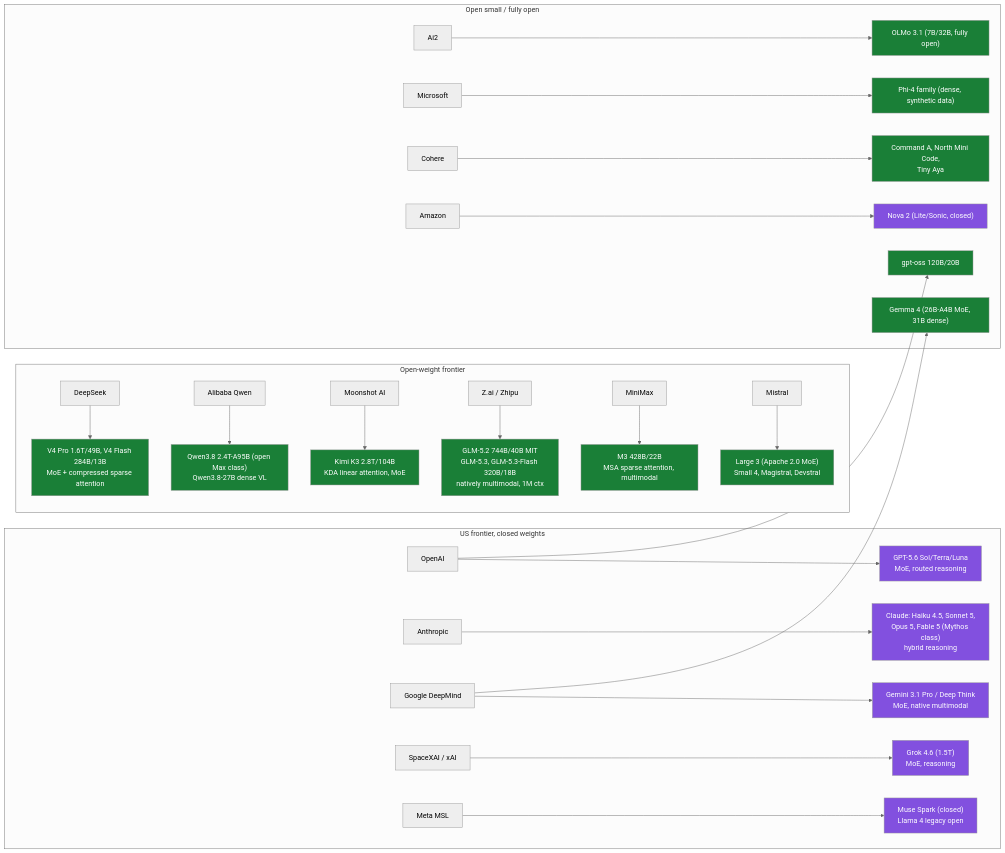
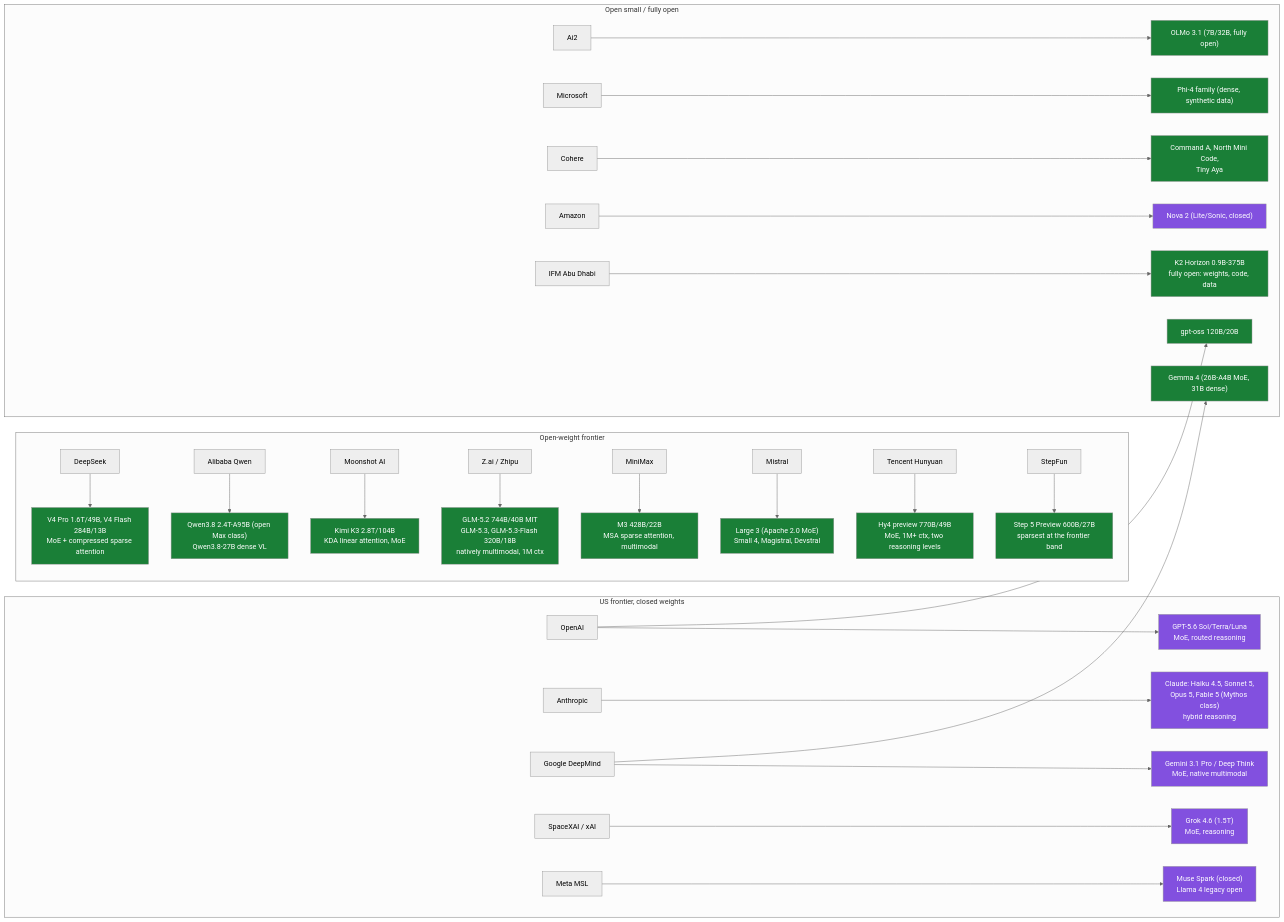
One commit to khalit7/technical_knowledge_base changed the diagram in topics/llms/summary.md. Above: the diagram before and after it, drawn with Mermaid (neutral theme). The commit also changed other lines of this file and 289 other files, not shown here.

````diff
--- a/topics/llms/summary.md
+++ b/topics/llms/summary.md
@@ -28,31 +13,34 @@
 ```mermaid
 graph LR
     classDef open fill:#1a7f37,color:#fff
     classDef closed fill:#8250df,color:#fff
 
     subgraph US_closed["US frontier, closed weights"]
         OAI[OpenAI] --> GPT["GPT-5.6 Sol/Terra/Luna<br/>MoE, routed reasoning"]:::closed
         ANT[Anthropic] --> CLA["Claude: Haiku 4.5, Sonnet 5,<br/>Opus 5, Fable 5 (Mythos class)<br/>hybrid reasoning"]:::closed
         GOO[Google DeepMind] --> GEM["Gemini 3.1 Pro / Deep Think<br/>MoE, native multimodal"]:::closed
         XAI[SpaceXAI / xAI] --> GRK["Grok 4.6 (1.5T)<br/>MoE, reasoning"]:::closed
         META[Meta MSL] --> MUSE["Muse Spark (closed)<br/>Llama 4 legacy open"]:::closed
     end
 
     subgraph Open_frontier["Open-weight frontier"]
         DS[DeepSeek] --> V4["V4 Pro 1.6T/49B, V4 Flash 284B/13B<br/>MoE + compressed sparse attention"]:::open
         QW[Alibaba Qwen] --> Q38["Qwen3.8 2.4T-A95B (open Max class)<br/>Qwen3.8-27B dense VL"]:::open
         MK[Moonshot AI] --> K3["Kimi K3 2.8T/104B<br/>KDA linear attention, MoE"]:::open
         ZP[Z.ai / Zhipu] --> GLM["GLM-5.2 744B/40B MIT<br/>GLM-5.3, GLM-5.3-Flash 320B/18B<br/>natively multimodal, 1M ctx"]:::open
         MM[MiniMax] --> M3["M3 428B/22B<br/>MSA sparse attention, multimodal"]:::open
         MIS[Mistral] --> ML3["Large 3 (Apache 2.0 MoE)<br/>Small 4, Magistral, Devstral"]:::open
+        TC[Tencent Hunyuan] --> HY4["Hy4 preview 770B/49B<br/>MoE, 1M+ ctx, two reasoning levels"]:::open
+        SF[StepFun] --> S5["Step 5 Preview 600B/27B<br/>sparsest at the frontier band"]:::open
     end
 
     subgraph Open_research["Open small / fully open"]
         GOO --> GMA["Gemma 4 (26B-A4B MoE, 31B dense)"]:::open
         OAI --> OSS["gpt-oss 120B/20B"]:::open
         AI2[Ai2] --> OLMO["OLMo 3.1 (7B/32B, fully open)"]:::open
         MSFT[Microsoft] --> PHI["Phi-4 family (dense, synthetic data)"]:::open
         COH[Cohere] --> CMD["Command A, North Mini Code,<br/>Tiny Aya"]:::open
         AMZ[Amazon] --> NOVA["Nova 2 (Lite/Sonic, closed)"]:::closed
+        IFM[IFM Abu Dhabi] --> K2H["K2 Horizon 0.9B-375B<br/>fully open: weights, code, data"]:::open
     end
 ```
````
